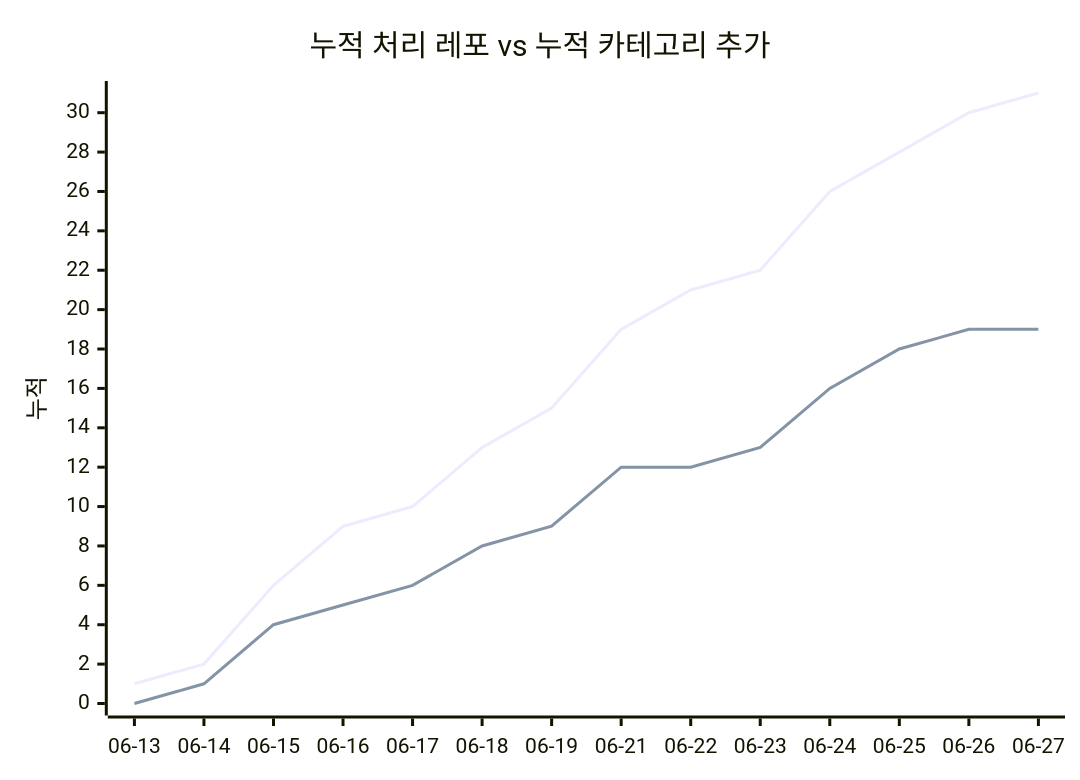
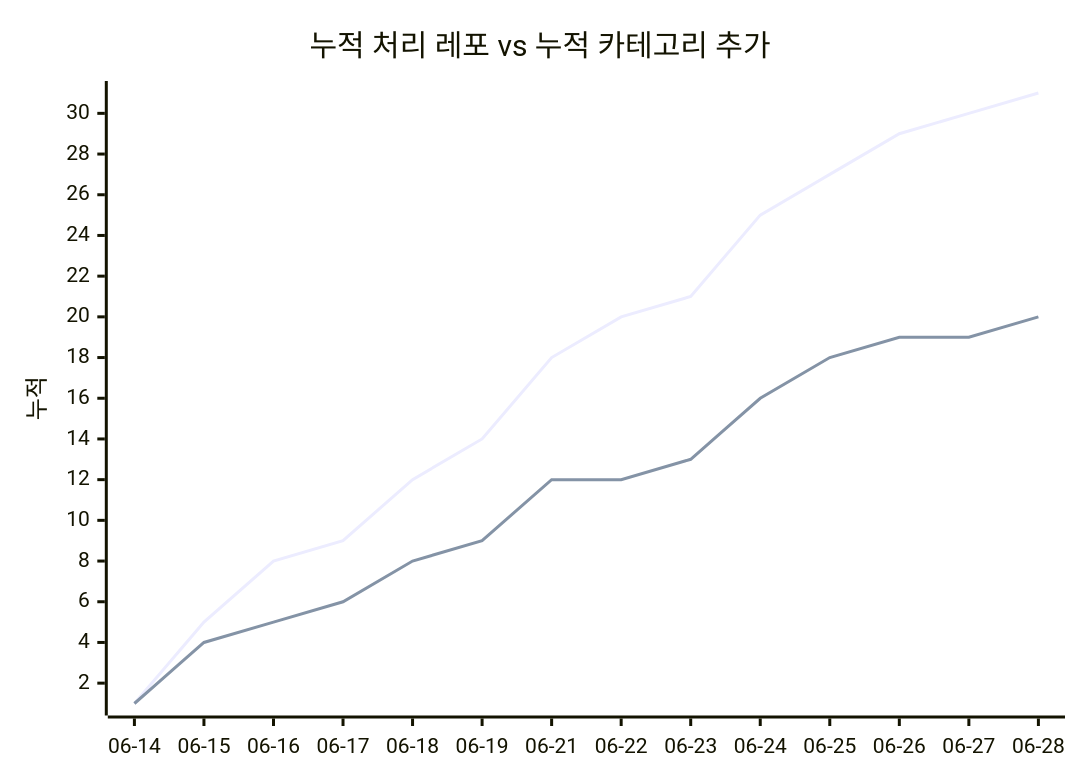
Before and after one commit to J-nowcow/awesome-korean-agent-skills: the second of 2 diagrams in docs/trends.md, drawn with Mermaid. The commit also changed other lines of this file and 4 other files, not shown here.

````diff
--- a/docs/trends.md
+++ b/docs/trends.md
@@ -68,8 +68,8 @@
 ```mermaid
 xychart-beta
     title "누적 처리 레포 vs 누적 카테고리 추가"
-    x-axis ["06-13","06-14","06-15","06-16","06-17","06-18","06-19","06-21","06-22","06-23","06-24","06-25","06-26","06-27"]
+    x-axis ["06-14","06-15","06-16","06-17","06-18","06-19","06-21","06-22","06-23","06-24","06-25","06-26","06-27","06-28"]
     y-axis "누적"
-    line [1,2,6,9,10,13,15,19,21,22,26,28,30,31]
-    line [0,1,4,5,6,8,9,12,12,13,16,18,19,19]
+    line [1,5,8,9,12,14,18,20,21,25,27,29,30,31]
+    line [1,4,5,6,8,9,12,12,13,16,18,19,19,20]
 ```
````
